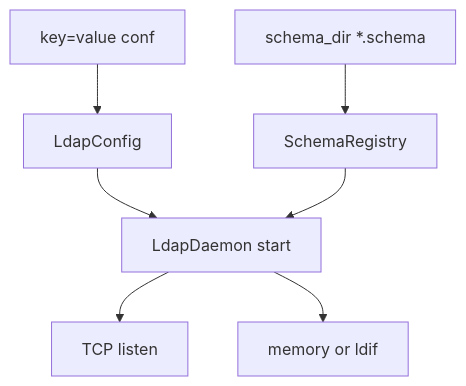
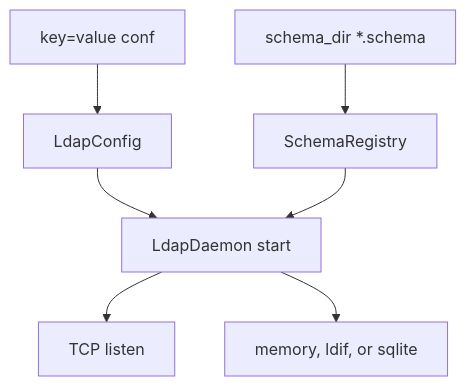
One commit to SimpleDaemons/simple-ldapd changed the third of 3 diagrams in docs/diagrams/data-flow.md. Above: the diagram before and after it, drawn with Mermaid. The commit also changed other lines of this file and 27 other files, not shown here.

First line of the commit message:
docs: cut v0.14.0 for SQLite backend

````diff
--- a/docs/diagrams/data-flow.md
+++ b/docs/diagrams/data-flow.md
@@ -45,13 +49,13 @@
 ```mermaid
 flowchart TD
   File[key=value conf]
   Cfg[LdapConfig]
   Schemas["schema_dir *.schema"]
   Reg[SchemaRegistry]
   Daemon[LdapDaemon start]
 
   File --> Cfg --> Daemon
   Schemas --> Reg --> Daemon
   Daemon --> Listen[TCP listen]
-  Daemon --> Backend[memory or ldif]
+  Daemon --> Backend[memory, ldif, or sqlite]
 ```
````
